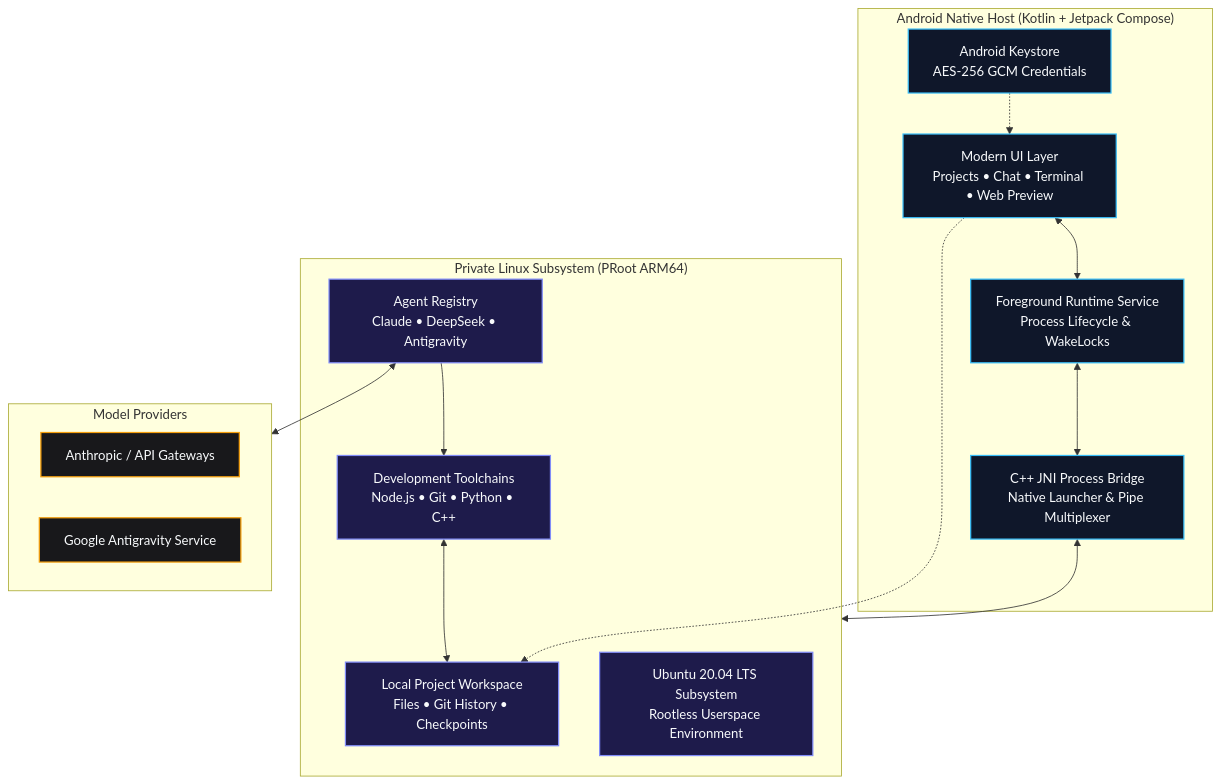
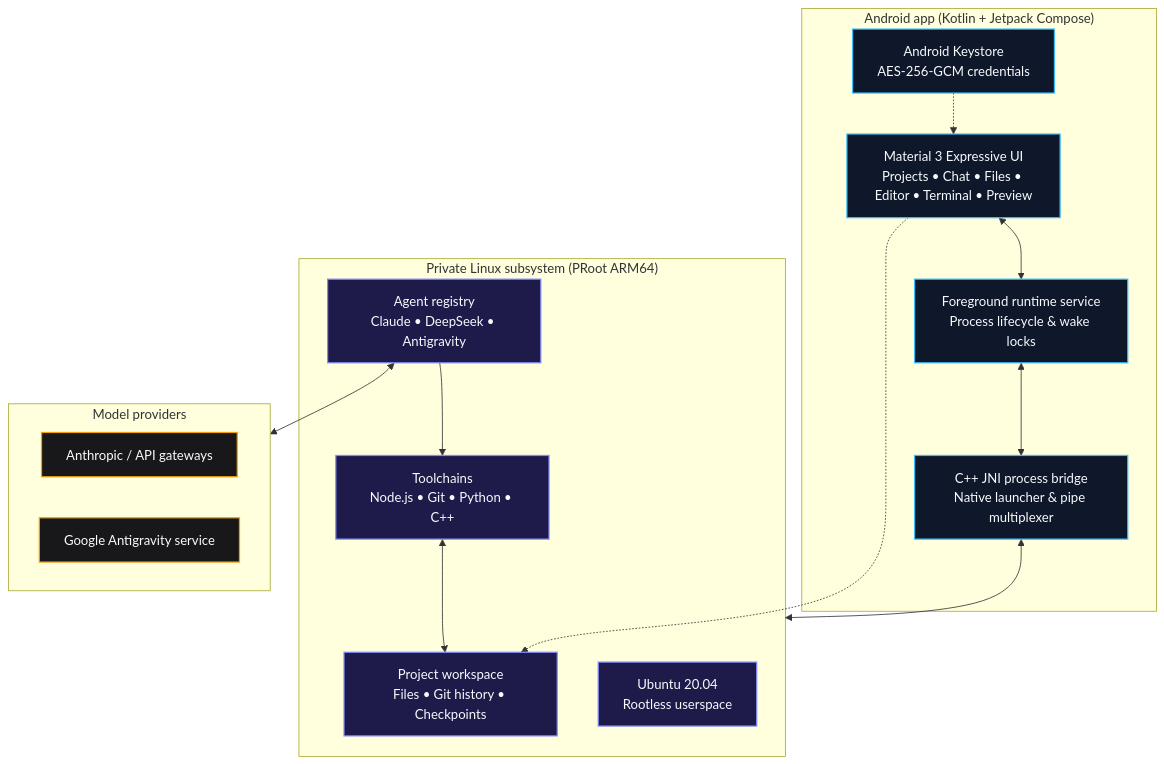
The diagram in README.md (NinoCK/PocketCode), drawn with Mermaid before and after one commit. The commit also changed other lines of this file and 22 other files, not shown here.

````diff
--- a/README.md
+++ b/README.md
@@ -249,38 +253,38 @@
 ```mermaid
 flowchart TB
-    subgraph Host[" Android Native Host (Kotlin + Jetpack Compose) "]
-        UI["Modern UI Layer<br/>Projects • Chat • Terminal • Web Preview"]
-        Service["Foreground Runtime Service<br/>Process Lifecycle & WakeLocks"]
-        Keystore["Android Keystore<br/>AES-256 GCM Credentials"]
-        Bridge["C++ JNI Process Bridge<br/>Native Launcher & Pipe Multiplexer"]
+    subgraph Host[" Android app (Kotlin + Jetpack Compose) "]
+        UI["Material 3 Expressive UI<br/>Projects • Chat • Files • Editor • Terminal • Preview"]
+        Service["Foreground runtime service<br/>Process lifecycle & wake locks"]
+        Keystore["Android Keystore<br/>AES-256-GCM credentials"]
+        Bridge["C++ JNI process bridge<br/>Native launcher & pipe multiplexer"]
     end
 
-    subgraph Subsystem[" Private Linux Subsystem (PRoot ARM64) "]
-        Ubuntu["Ubuntu 20.04 LTS Subsystem<br/>Rootless Userspace Environment"]
-        Agent["Agent Registry<br/>Claude • DeepSeek • Antigravity"]
-        Tools["Development Toolchains<br/>Node.js • Git • Python • C++"]
-        Workspace["Local Project Workspace<br/>Files • Git History • Checkpoints"]
+    subgraph Subsystem[" Private Linux subsystem (PRoot ARM64) "]
+        Ubuntu["Ubuntu 20.04<br/>Rootless userspace"]
+        Agent["Agent registry<br/>Claude • DeepSeek • Antigravity"]
+        Tools["Toolchains<br/>Node.js • Git • Python • C++"]
+        Workspace["Project workspace<br/>Files • Git history • Checkpoints"]
     end
 
-    subgraph Cloud[" Model Providers "]
-        Anthropic["Anthropic / API Gateways"]
-        Gateways["Google Antigravity Service"]
+    subgraph Cloud[" Model providers "]
+        Anthropic["Anthropic / API gateways"]
+        Gateways["Google Antigravity service"]
     end
 
     UI <--> Service
     Service <--> Bridge
     Bridge <--> Subsystem
     Keystore -.-> UI
     Agent <--> Cloud
     Agent --> Tools
     Tools <--> Workspace
     UI -.-> Workspace
 
     classDef hostStyle fill:#0f172a,stroke:#38bdf8,stroke-width:1.5px,color:#f8fafc;
     classDef subStyle fill:#1e1b4b,stroke:#818cf8,stroke-width:1.5px,color:#f8fafc;
     classDef cloudStyle fill:#18181b,stroke:#f59e0b,stroke-width:1.5px,color:#f8fafc;
 
     class UI,Service,Keystore,Bridge hostStyle;
     class Ubuntu,Agent,Tools,Workspace subStyle;
     class Anthropic,Gateways cloudStyle;
 ```
````
